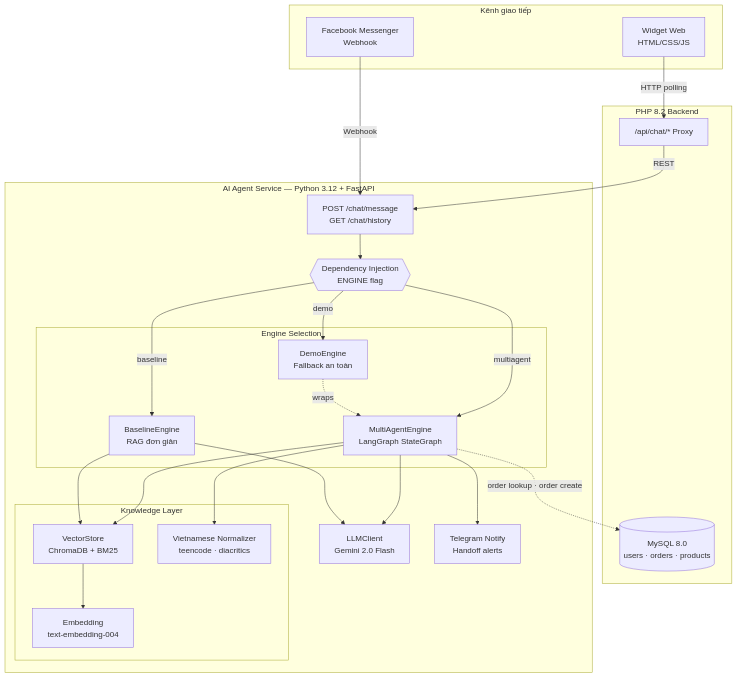
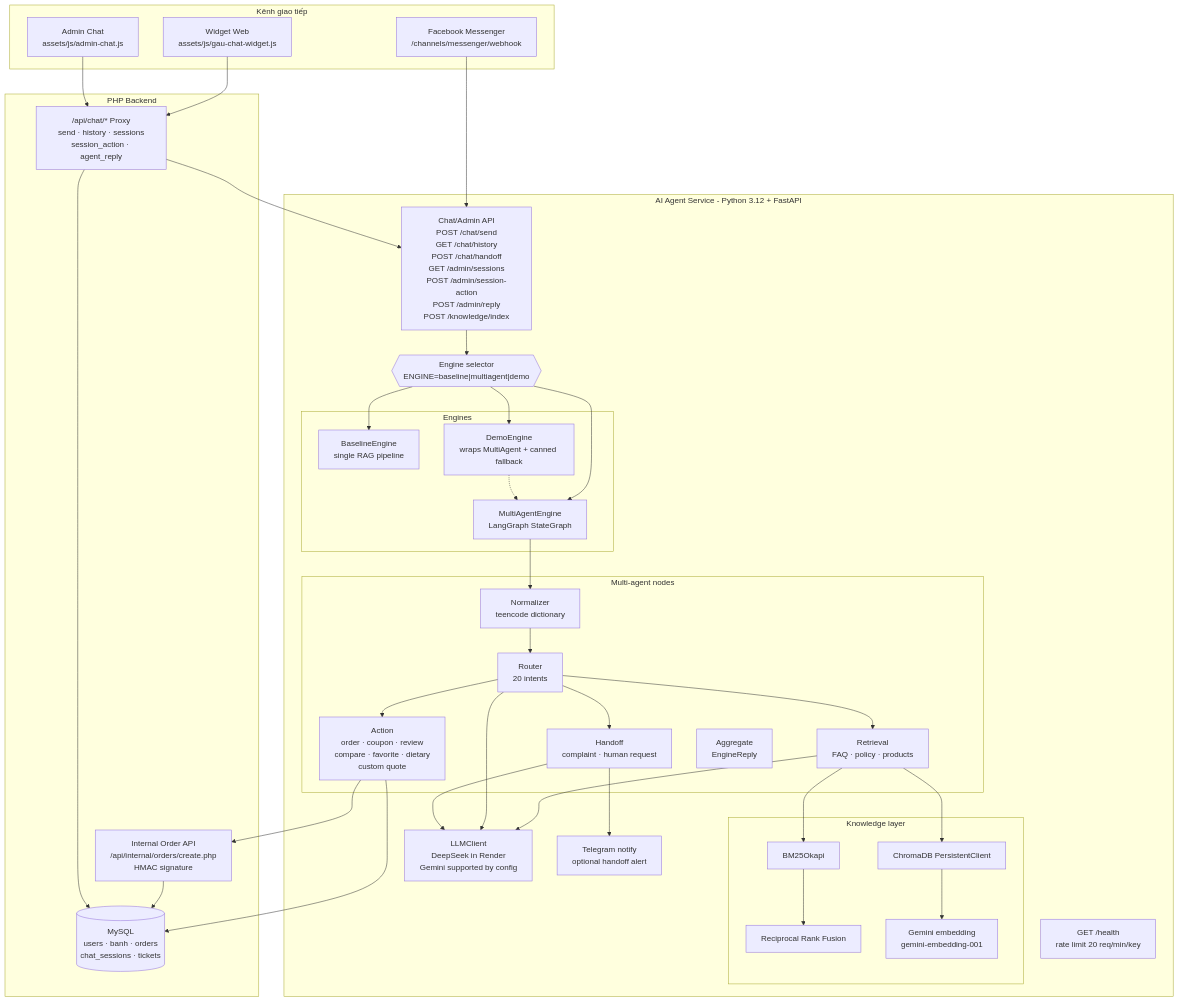
One commit to nhatanhvodev/cakev0 changed the first of 9 diagrams in docs/thesis/architecture-diagrams.md. Above: the diagram before and after it, drawn with Mermaid. The commit also changed other lines of this file and 14 other files, not shown here.

````diff
--- a/docs/thesis/architecture-diagrams.md
+++ b/docs/thesis/architecture-diagrams.md
@@ -10,49 +10,71 @@
 ```mermaid
 graph TB
     subgraph Channels["Kênh giao tiếp"]
-        W[Widget Web<br/>HTML/CSS/JS]
-        M[Facebook Messenger<br/>Webhook]
+        W["Widget Web<br/>assets/js/gau-chat-widget.js"]
+        AUI["Admin Chat<br/>assets/js/admin-chat.js"]
+        M["Facebook Messenger<br/>/channels/messenger/webhook"]
     end
 
-    subgraph PHP["PHP 8.2 Backend"]
-        Proxy["/api/chat/* Proxy"]
-        DB_PHP[(MySQL 8.0<br/>users · orders · products)]
+    subgraph PHP["PHP Backend"]
+        Proxy["/api/chat/* Proxy<br/>send · history · sessions<br/>session_action · agent_reply"]
+        InternalOrder["Internal Order API<br/>/api/internal/orders/create.php<br/>HMAC signature"]
+        DB[(MySQL<br/>users · banh · orders<br/>chat_sessions · tickets)]
     end
 
-    subgraph AI["AI Agent Service — Python 3.12 + FastAPI"]
-        API["POST /chat/message<br/>GET /chat/history"]
-        DI{{"Dependency Injection<br/>ENGINE flag"}}
+    subgraph AI["AI Agent Service - Python 3.12 + FastAPI"]
+        API["Chat/Admin API<br/>POST /chat/send<br/>GET /chat/history<br/>POST /chat/handoff<br/>GET /admin/sessions<br/>POST /admin/session-action<br/>POST /admin/reply<br/>POST /knowledge/index"]
+        Health["GET /health<br/>rate limit 20 req/min/key"]
+        DI{{"Engine selector<br/>ENGINE=baseline|multiagent|demo"}}
 
-        subgraph Engines["Engine Selection"]
-            BL["BaselineEngine<br/>RAG đơn giản"]
+        subgraph Engines["Engines"]
+            BL["BaselineEngine<br/>single RAG pipeline"]
             MA["MultiAgentEngine<br/>LangGraph StateGraph"]
-            DE["DemoEngine<br/>Fallback an toàn"]
+            DE["DemoEngine<br/>wraps MultiAgent + canned fallback"]
         end
 
-        subgraph Knowledge["Knowledge Layer"]
-            VS["VectorStore<br/>ChromaDB + BM25"]
-            EMB["Embedding<br/>text-embedding-004"]
-            NLP["Vietnamese Normalizer<br/>teencode · diacritics"]
+        subgraph Agents["Multi-agent nodes"]
+            N["Normalizer<br/>teencode dictionary"]
+            R["Router<br/>20 intents"]
+            RET["Retrieval<br/>FAQ · policy · products"]
+            ACT["Action<br/>order · coupon · review<br/>compare · favorite · dietary<br/>custom quote"]
+            HO["Handoff<br/>complaint · human request"]
+            AG["Aggregate<br/>EngineReply"]
         end
 
-        LLM["LLMClient<br/>Gemini 2.0 Flash"]
-        TG["Telegram Notify<br/>Handoff alerts"]
+        subgraph Knowledge["Knowledge layer"]
+            VS["ChromaDB PersistentClient"]
+            BM["BM25Okapi"]
+            RRF["Reciprocal Rank Fusion"]
+            EMB["Gemini embedding<br/>gemini-embedding-001"]
+        end
+
+        LLM["LLMClient<br/>DeepSeek in Render<br/>Gemini supported by config"]
+        TG["Telegram notify<br/>optional handoff alert"]
     end
 
-    W -->|HTTP polling| Proxy
-    M -->|Webhook| API
-    Proxy -->|REST| API
+    W --> Proxy
+    AUI --> Proxy
+    M --> API
+    Proxy --> API
     API --> DI
-    DI -->|baseline| BL
-    DI -->|multiagent| MA
-    DI -->|demo| DE
-    DE -.->|wraps| MA
-    MA --> VS
-    MA --> LLM
-    BL --> VS
-    BL --> LLM
+    DI --> BL
+    DI --> MA
+    DI --> DE
+    DE -.-> MA
+    MA --> N --> R
+    R --> RET
+    R --> ACT
+    R --> HO
+    RET --> VS
+    RET --> BM
     VS --> EMB
-    MA --> NLP
-    MA --> TG
-    MA -.->|order lookup · order create| DB_PHP
+    BM --> RRF
+    RET --> LLM
+    R --> LLM
+    HO --> LLM
+    HO --> TG
+    ACT --> DB
+    ACT --> InternalOrder
+    InternalOrder --> DB
+    Proxy --> DB
 ```
````
